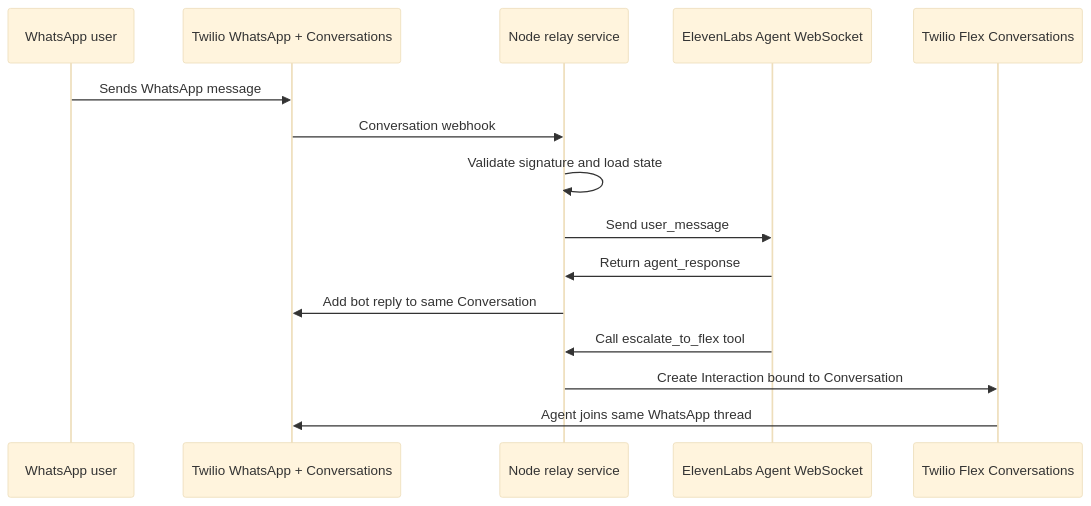
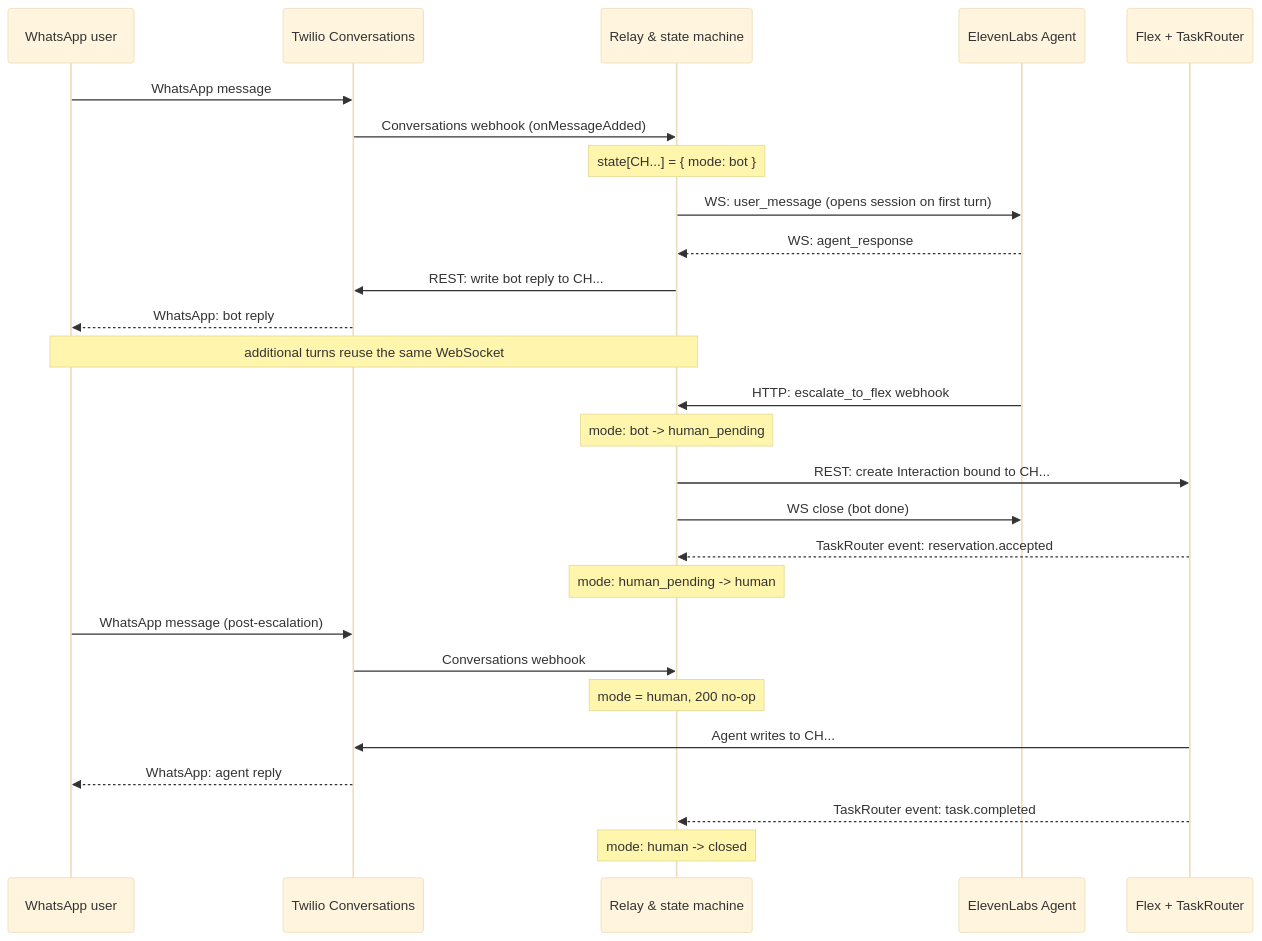
Before and after one commit to rbangueses/twilio-elevenlabs-whatsapp-messaging-flex: the diagram in README.md, drawn with Mermaid (base theme). The commit also changed other lines of this file and 2 other files, not shown here.

Commit message:
docs: add architecture PNG to intro; expand mermaid sequence with state transitions

````diff
--- a/README.md
+++ b/README.md
@@ -73,18 +77,35 @@
 ```mermaid
 sequenceDiagram
   participant User as WhatsApp user
-  participant Twilio as Twilio WhatsApp + Conversations
-  participant Relay as Node relay service
-  participant Eleven as ElevenLabs Agent WebSocket
-  participant Flex as Twilio Flex Conversations
+  participant Twilio as Twilio Conversations
+  participant Relay as Relay & state machine
+  participant Eleven as ElevenLabs Agent
+  participant Flex as Flex + TaskRouter
 
-  User->>Twilio: Sends WhatsApp message
-  Twilio->>Relay: Conversation webhook
-  Relay->>Relay: Validate signature and load state
-  Relay->>Eleven: Send user_message
-  Eleven->>Relay: Return agent_response
-  Relay->>Twilio: Add bot reply to same Conversation
-  Eleven->>Relay: Call escalate_to_flex tool
-  Relay->>Flex: Create Interaction bound to Conversation
-  Flex->>Twilio: Agent joins same WhatsApp thread
+  User->>Twilio: WhatsApp message
+  Twilio->>Relay: Conversations webhook (onMessageAdded)
+  Note over Relay: state[CH...] = { mode: bot }
+  Relay->>Eleven: WS: user_message (opens session on first turn)
+  Eleven-->>Relay: WS: agent_response
+  Relay->>Twilio: REST: write bot reply to CH...
+  Twilio-->>User: WhatsApp: bot reply
+
+  Note over User,Relay: additional turns reuse the same WebSocket
+
+  Eleven->>Relay: HTTP: escalate_to_flex webhook
+  Note over Relay: mode: bot -> human_pending
+  Relay->>Flex: REST: create Interaction bound to CH...
+  Relay->>Eleven: WS close (bot done)
+  Flex-->>Relay: TaskRouter event: reservation.accepted
+  Note over Relay: mode: human_pending -> human
+
+  User->>Twilio: WhatsApp message (post-escalation)
+  Twilio->>Relay: Conversations webhook
+  Note over Relay: mode = human, 200 no-op
+
+  Flex->>Twilio: Agent writes to CH...
+  Twilio-->>User: WhatsApp: agent reply
+
+  Flex-->>Relay: TaskRouter event: task.completed
+  Note over Relay: mode: human -> closed
 ```
````
